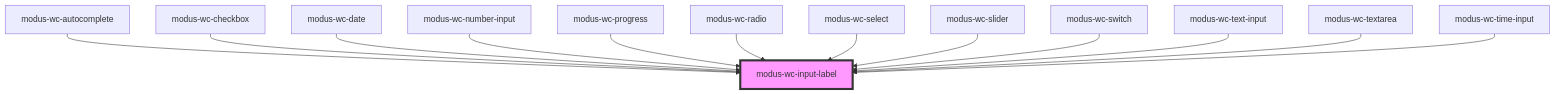
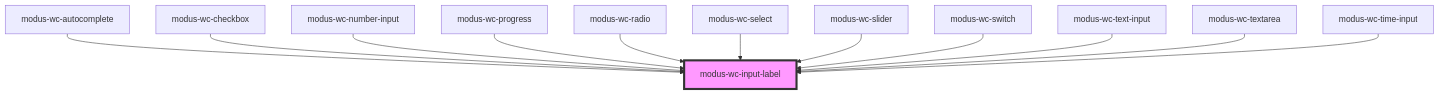
The diagram in src/components/modus-wc-input-label/readme.md (trimble-oss/modus-wc-2.0), drawn with Mermaid before and after one commit. The commit also changed other lines of this file and 81 other files, not shown here.

````diff
--- a/src/components/modus-wc-input-label/readme.md
+++ b/src/components/modus-wc-input-label/readme.md
@@ -46,16 +43,15 @@
 ```mermaid
 graph TD;
   modus-wc-autocomplete --> modus-wc-input-label
   modus-wc-checkbox --> modus-wc-input-label
-  modus-wc-date --> modus-wc-input-label
   modus-wc-number-input --> modus-wc-input-label
   modus-wc-progress --> modus-wc-input-label
   modus-wc-radio --> modus-wc-input-label
   modus-wc-select --> modus-wc-input-label
   modus-wc-slider --> modus-wc-input-label
   modus-wc-switch --> modus-wc-input-label
   modus-wc-text-input --> modus-wc-input-label
   modus-wc-textarea --> modus-wc-input-label
   modus-wc-time-input --> modus-wc-input-label
   style modus-wc-input-label fill:#f9f,stroke:#333,stroke-width:4px
 ```
````
